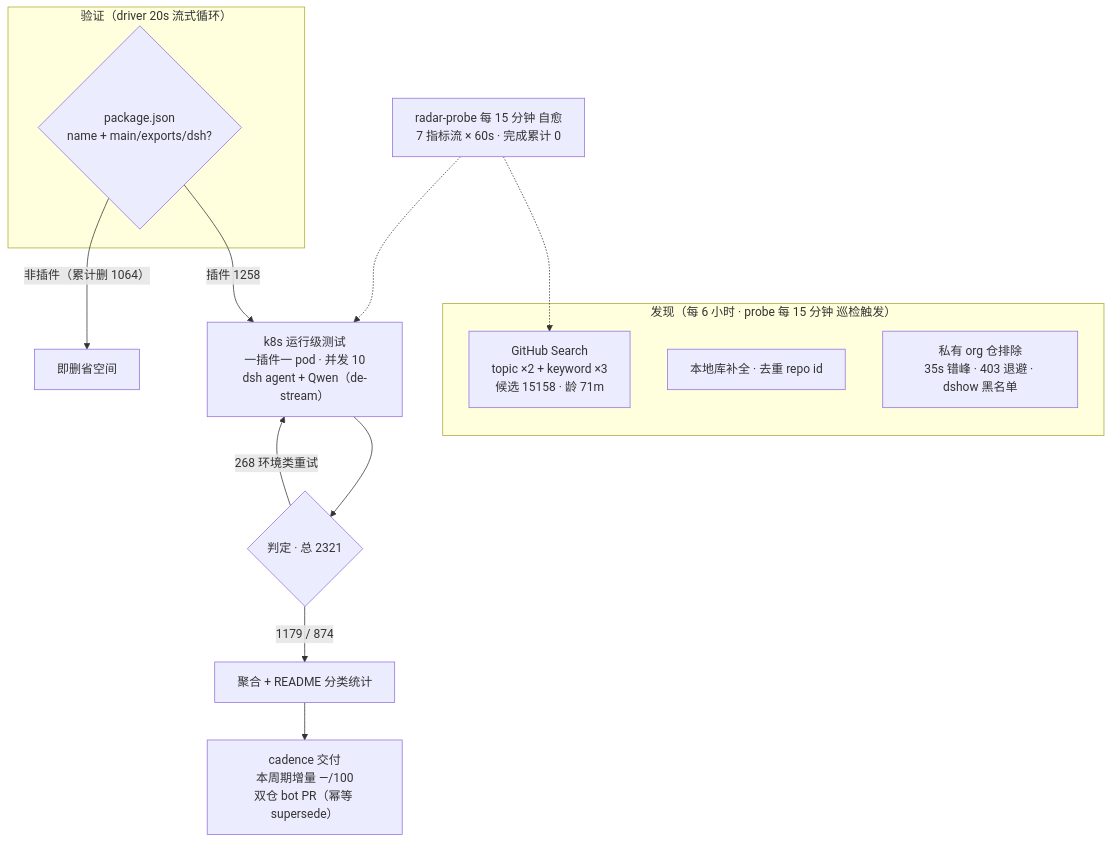
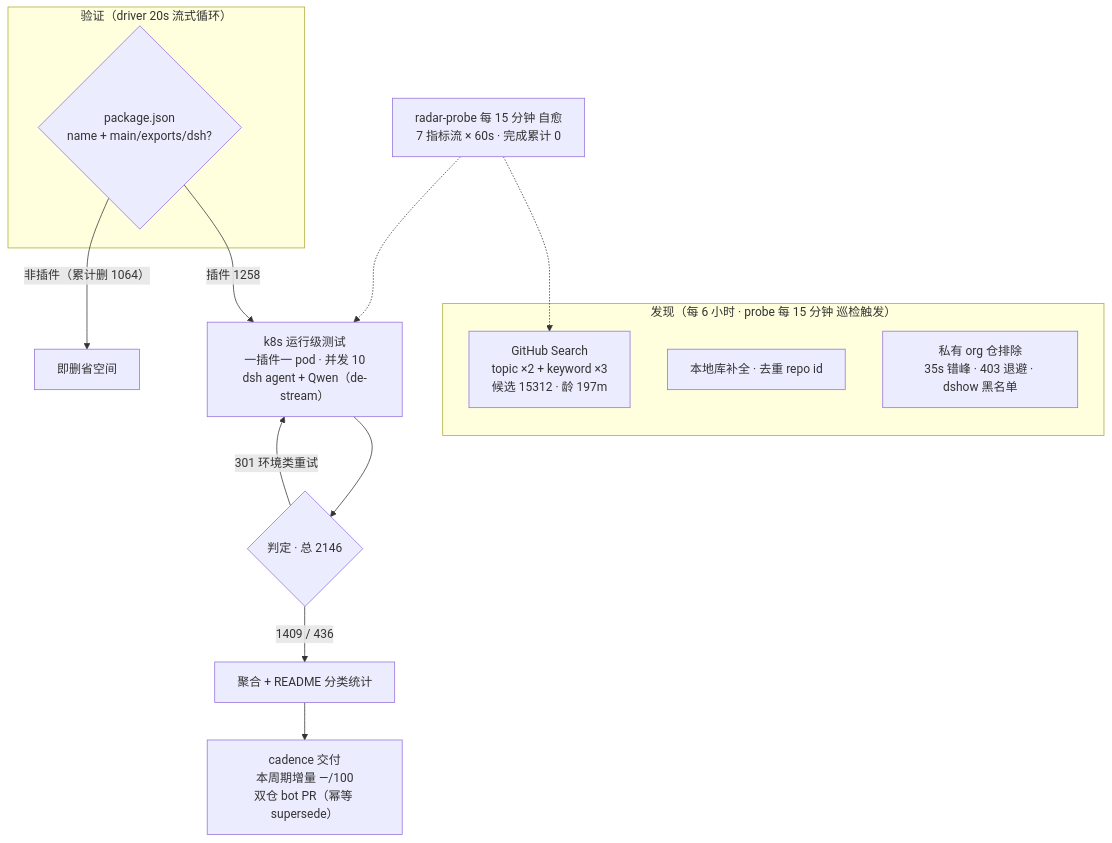
The diagram in README.md (AdamPlatin123/awesome-dsh-plugins), drawn with Mermaid before and after one commit. The commit also changed other lines of this file and 5 other files, not shown here.

````diff
--- a/README.md
+++ b/README.md
@@ -37,20 +37,20 @@
 ```mermaid
 flowchart TB
     subgraph Discovery["发现（每 6 小时 · probe 每 15 分钟 巡检触发）"]
-        A1["GitHub Search<br/>topic ×2 + keyword ×3<br/>候选 15158 · 龄 71m"]
+        A1["GitHub Search<br/>topic ×2 + keyword ×3<br/>候选 15312 · 龄 197m"]
         A2["本地库补全 · 去重 repo id"]
         A3["私有 org 仓排除<br/>35s 错峰 · 403 退避 · dshow 黑名单"]
     end
     subgraph Validation["验证（driver 20s 流式循环）"]
         B1{"package.json<br/>name + main/exports/dsh?"}
     end
     B1 -->|"插件 1258"| C1["k8s 运行级测试<br/>一插件一 pod · 并发 10<br/>dsh agent + Qwen（de-stream）"]
     B1 -->|"非插件（累计删 1064）"| B3["即删省空间"]
-    C1 --> D1{"判定 · 总 2321"}
-    D1 -->|"1179 / 874"| E1["聚合 + README 分类统计"]
-    D1 -->|"268 环境类重试"| C1
+    C1 --> D1{"判定 · 总 2146"}
+    D1 -->|"1409 / 436"| E1["聚合 + README 分类统计"]
+    D1 -->|"301 环境类重试"| C1
     E1 --> E2["cadence 交付<br/>本周期增量 —/100<br/>双仓 bot PR（幂等 supersede）"]
     M["radar-probe 每 15 分钟 自愈<br/>7 指标流 × 60s · 完成累计 0"]
     M -.-> A1
     M -.-> C1
 ```
````
